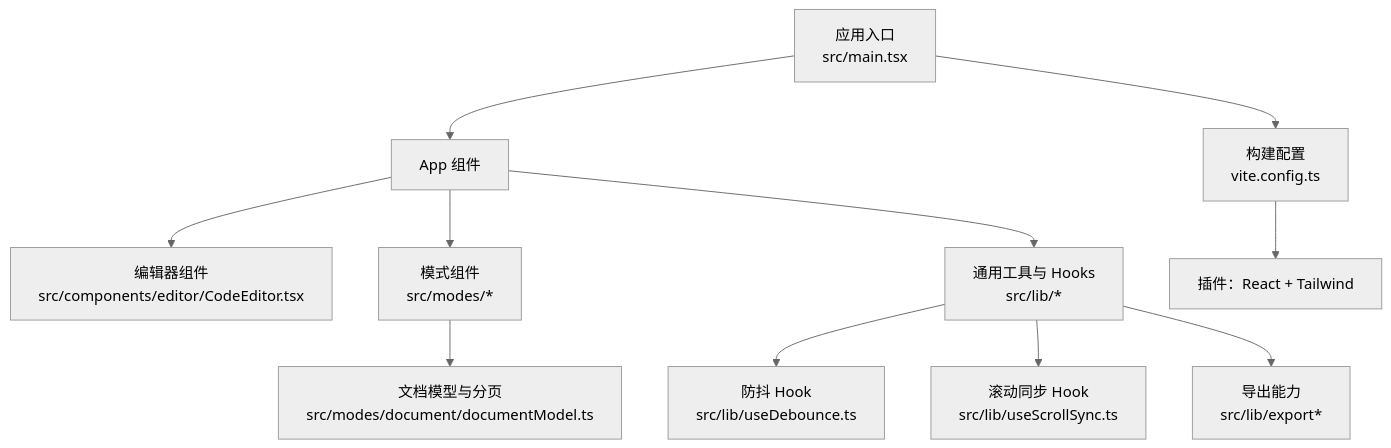
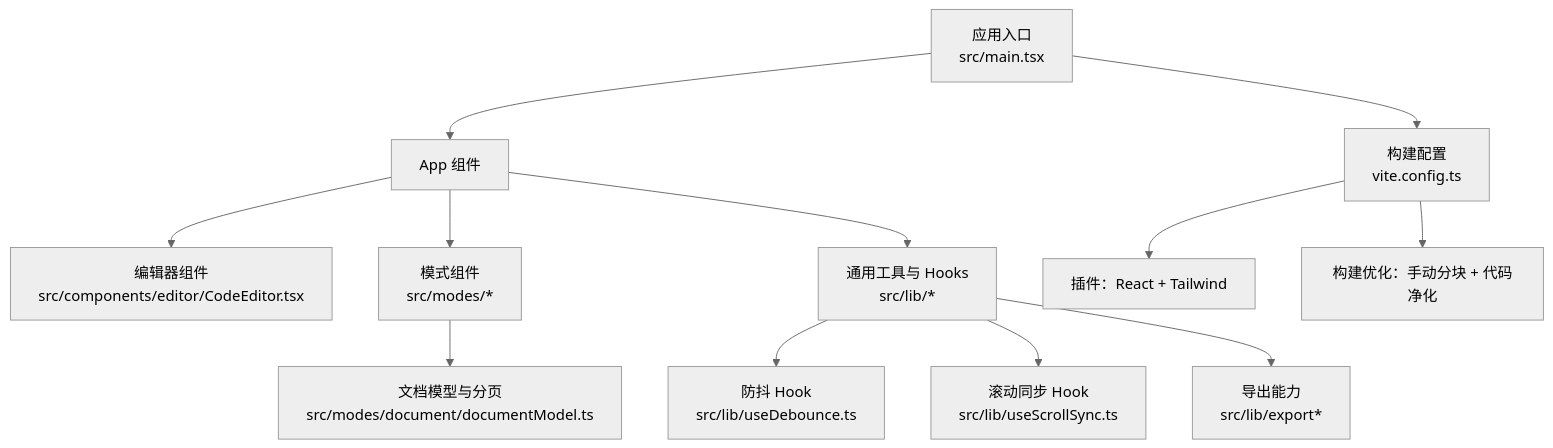
One commit to ZhongXiandou/markdown2view changed the first of 10 diagrams in .qoder/repowiki/zh/content/性能优化.md. Above: the diagram before and after it, drawn with Mermaid (neutral theme). The commit also changed other lines of this file and 23 other files, not shown here.

````diff
--- a/.qoder/repowiki/zh/content/性能优化.md
+++ b/.qoder/repowiki/zh/content/性能优化.md
@@ -41,13 +48,14 @@
 ```mermaid
 graph TB
 A["应用入口<br/>src/main.tsx"] --> B["App 组件"]
 B --> C["编辑器组件<br/>src/components/editor/CodeEditor.tsx"]
 B --> D["模式组件<br/>src/modes/*"]
 D --> E["文档模型与分页<br/>src/modes/document/documentModel.ts"]
 B --> F["通用工具与 Hooks<br/>src/lib/*"]
 F --> G["防抖 Hook<br/>src/lib/useDebounce.ts"]
 F --> H["滚动同步 Hook<br/>src/lib/useScrollSync.ts"]
 F --> I["导出能力<br/>src/lib/export*"]
 A --> J["构建配置<br/>vite.config.ts"]
 J --> K["插件：React + Tailwind"]
+J --> L["构建优化：手动分块 + 代码净化"]
 ```
````
